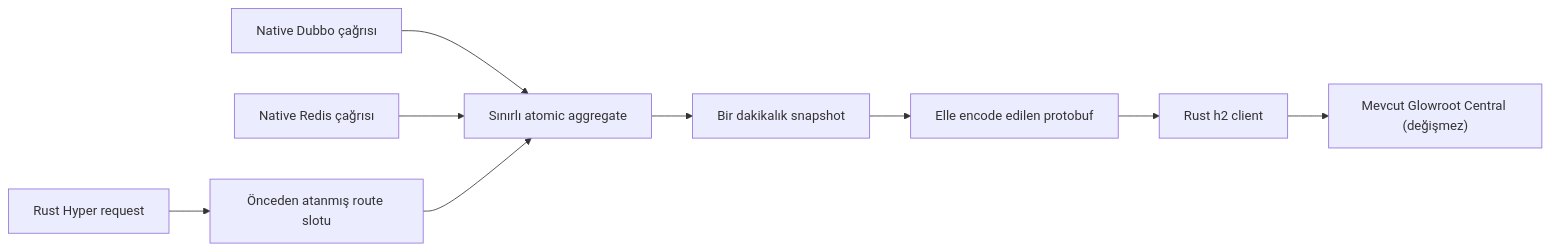
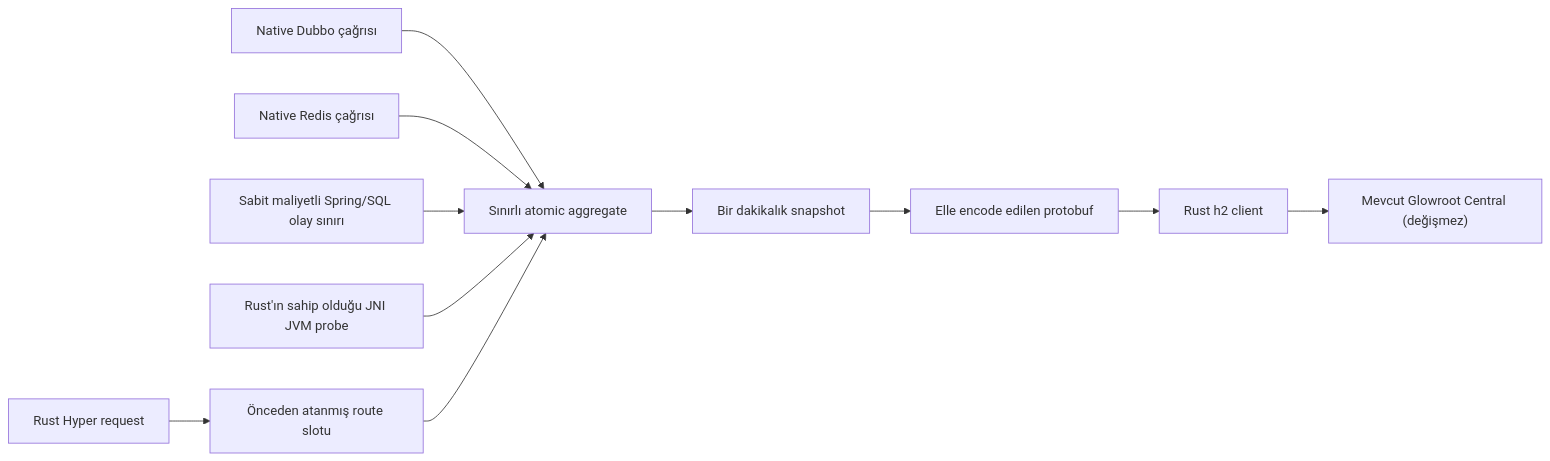
Before and after one commit to esasmer-dou/java-rust-glowroot-agent: the diagram in docs/ARCHITECTURE.tr.md, drawn with Mermaid. The commit also changed other lines of this file and 36 other files, not shown here.

````diff
--- a/docs/ARCHITECTURE.tr.md
+++ b/docs/ARCHITECTURE.tr.md
@@ -21,11 +21,13 @@
 ```mermaid
 flowchart LR
     A["Rust Hyper request"] --> B["Önceden atanmış route slotu"]
     D["Native Dubbo çağrısı"] --> M["Sınırlı atomic aggregate"]
     R["Native Redis çağrısı"] --> M
+    J["Sabit maliyetli Spring/SQL olay sınırı"] --> M
+    V["Rust'ın sahip olduğu JNI JVM probe"] --> M
     B --> M
     M --> S["Bir dakikalık snapshot"]
     S --> P["Elle encode edilen protobuf"]
     P --> H["Rust h2 client"]
     H --> C["Mevcut Glowroot Central (değişmez)"]
 ```
````
